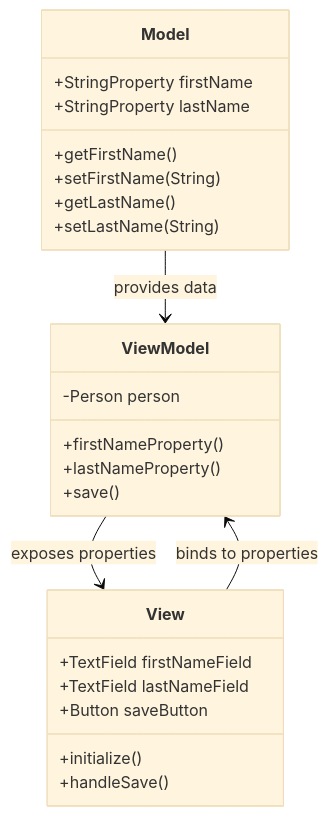
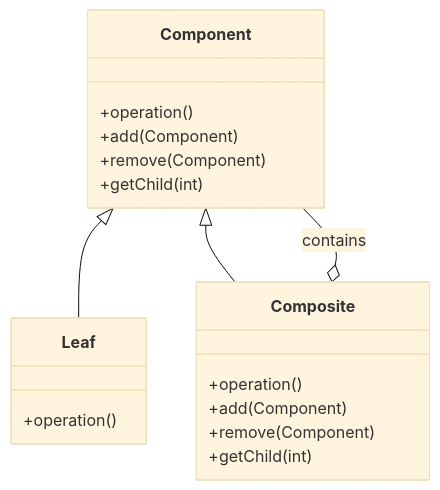
The diagram in content/patterns-java/7/4/2/index.md (MasteryEducation/SoftwarePatternsLexicon.com), drawn with Mermaid (base theme) before and after one commit. The commit also changed other lines of this file and 883 other files, not shown here.

````diff
--- a/content/patterns-java/7/4/2/index.md
+++ b/content/patterns-java/7/4/2/index.md
@@ -186,30 +174,21 @@
 ```mermaid
 classDiagram
-    class Model {
-        +StringProperty firstName
-        +StringProperty lastName
-        +getFirstName()
-        +setFirstName(String)
-        +getLastName()
-        +setLastName(String)
+    class Component {
+        +operation()
+        +add(Component)
+        +remove(Component)
+        +getChild(int)
     }
-
-    class ViewModel {
-        -Person person
-        +firstNameProperty()
-        +lastNameProperty()
-        +save()
+    class Leaf {
+        +operation()
     }
-
-    class View {
-        +TextField firstNameField
-        +TextField lastNameField
-        +Button saveButton
-        +initialize()
-        +handleSave()
+    class Composite {
+        +operation()
+        +add(Component)
+        +remove(Component)
+        +getChild(int)
     }
-
-    Model --> ViewModel : provides data
-    ViewModel --> View : exposes properties
-    View --> ViewModel : binds to properties
+    Component <|-- Leaf
+    Component <|-- Composite
+    Composite o-- Component : contains
 ```
````
